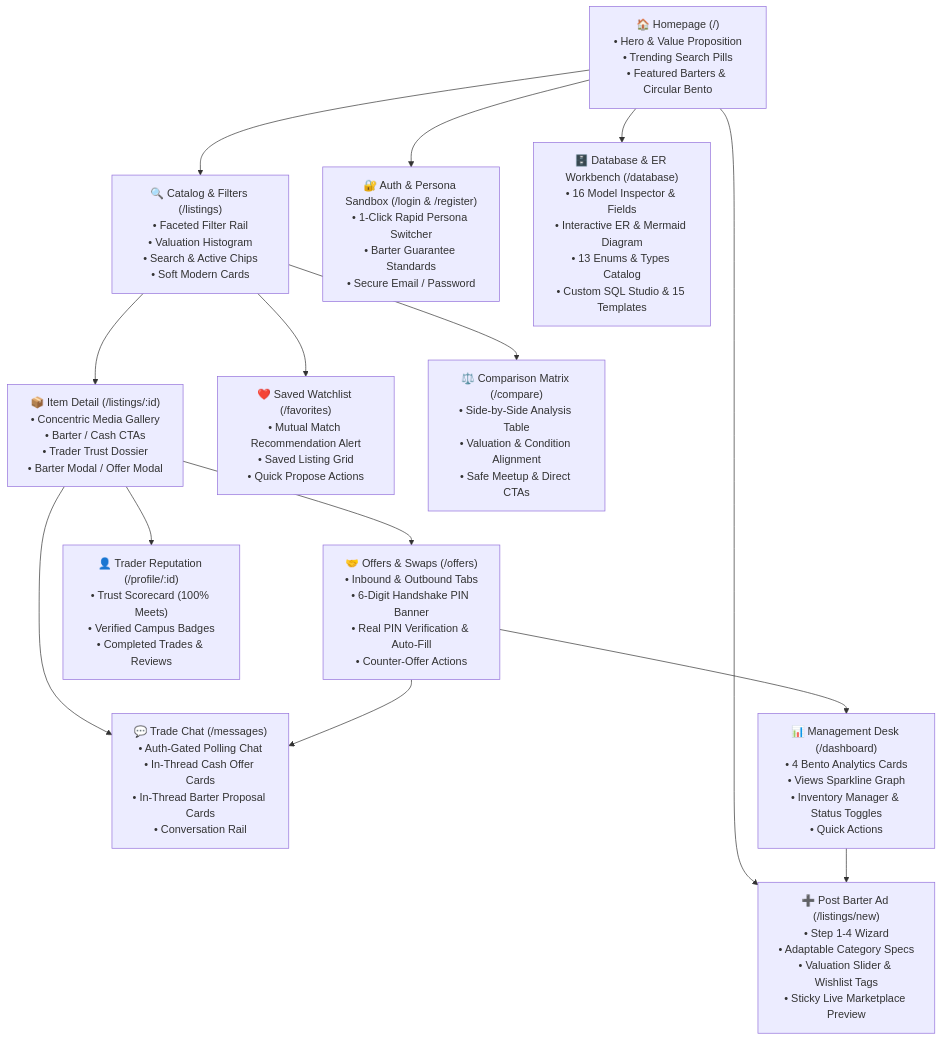
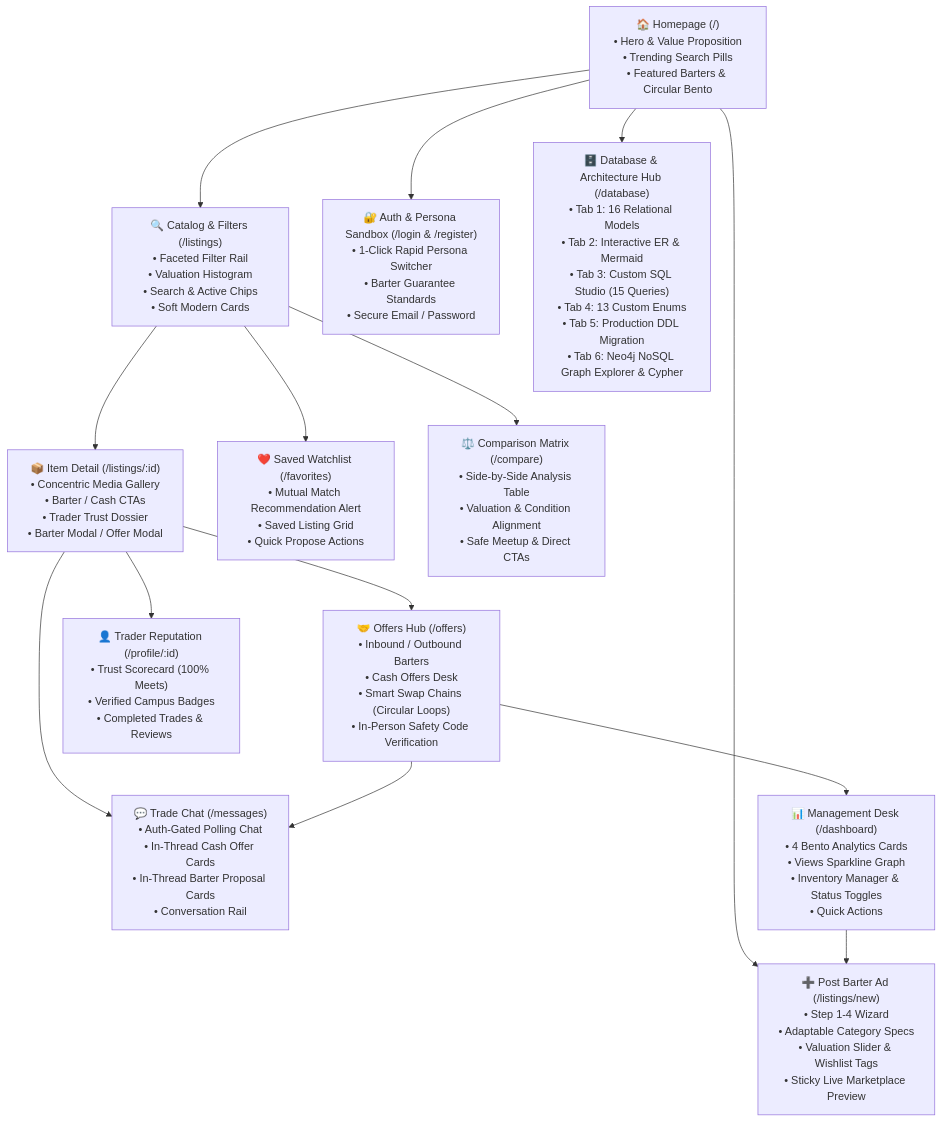
The first of 2 diagrams in README.md (H4R5H1L-27/BarterHub), drawn with Mermaid before and after one commit. The commit also changed other lines of this file and 25 other files, not shown here.

Commit message:
feat: integrate Neo4j graph database, automated smart swap chains, and architecture studio

````diff
--- a/README.md
+++ b/README.md
@@ -114,29 +128,29 @@
 ```mermaid
 graph TD
   Home["🏠 Homepage (/)<br/>• Hero & Value Proposition<br/>• Trending Search Pills<br/>• Featured Barters & Circular Bento"]
   Browse["🔍 Catalog & Filters (/listings)<br/>• Faceted Filter Rail<br/>• Valuation Histogram<br/>• Search & Active Chips<br/>• Soft Modern Cards"]
   NewListing["➕ Post Barter Ad (/listings/new)<br/>• Step 1-4 Wizard<br/>• Adaptable Category Specs<br/>• Valuation Slider & Wishlist Tags<br/>• Sticky Live Marketplace Preview"]
   ListingDetail["📦 Item Detail (/listings/:id)<br/>• Concentric Media Gallery<br/>• Barter / Cash CTAs<br/>• Trader Trust Dossier<br/>• Barter Modal / Offer Modal"]
-  Offers["🤝 Offers & Swaps (/offers)<br/>• Inbound & Outbound Tabs<br/>• 6-Digit Handshake PIN Banner<br/>• Real PIN Verification & Auto-Fill<br/>• Counter-Offer Actions"]
+  Offers["🤝 Offers Hub (/offers)<br/>• Inbound / Outbound Barters<br/>• Cash Offers Desk<br/>• Smart Swap Chains (Circular Loops)<br/>• In-Person Safety Code Verification"]
   Messages["💬 Trade Chat (/messages)<br/>• Auth-Gated Polling Chat<br/>• In-Thread Cash Offer Cards<br/>• In-Thread Barter Proposal Cards<br/>• Conversation Rail"]
   Dashboard["📊 Management Desk (/dashboard)<br/>• 4 Bento Analytics Cards<br/>• Views Sparkline Graph<br/>• Inventory Manager & Status Toggles<br/>• Quick Actions"]
   Favorites["❤️ Saved Watchlist (/favorites)<br/>• Mutual Match Recommendation Alert<br/>• Saved Listing Grid<br/>• Quick Propose Actions"]
   Compare["⚖️ Comparison Matrix (/compare)<br/>• Side-by-Side Analysis Table<br/>• Valuation & Condition Alignment<br/>• Safe Meetup & Direct CTAs"]
   Profile["👤 Trader Reputation (/profile/:id)<br/>• Trust Scorecard (100% Meets)<br/>• Verified Campus Badges<br/>• Completed Trades & Reviews"]
   Auth["🔐 Auth & Persona Sandbox (/login & /register)<br/>• 1-Click Rapid Persona Switcher<br/>• Barter Guarantee Standards<br/>• Secure Email / Password"]
-  DB["🗄️ Database & ER Workbench (/database)<br/>• 16 Model Inspector & Fields<br/>• Interactive ER & Mermaid Diagram<br/>• 13 Enums & Types Catalog<br/>• Custom SQL Studio & 15 Templates"]
+  DB["🗄️ Database & Architecture Hub (/database)<br/>• Tab 1: 16 Relational Models<br/>• Tab 2: Interactive ER & Mermaid<br/>• Tab 3: Custom SQL Studio (15 Queries)<br/>• Tab 4: 13 Custom Enums<br/>• Tab 5: Production DDL Migration<br/>• Tab 6: Neo4j NoSQL Graph Explorer & Cypher"]
 
   Home --> Browse
   Home --> NewListing
   Home --> Auth
   Home --> DB
   Browse --> ListingDetail
   Browse --> Compare
   ListingDetail --> Offers
   ListingDetail --> Messages
   Offers --> Messages
   Offers --> Dashboard
   Dashboard --> NewListing
   Browse --> Favorites
   ListingDetail --> Profile
 ```
````
